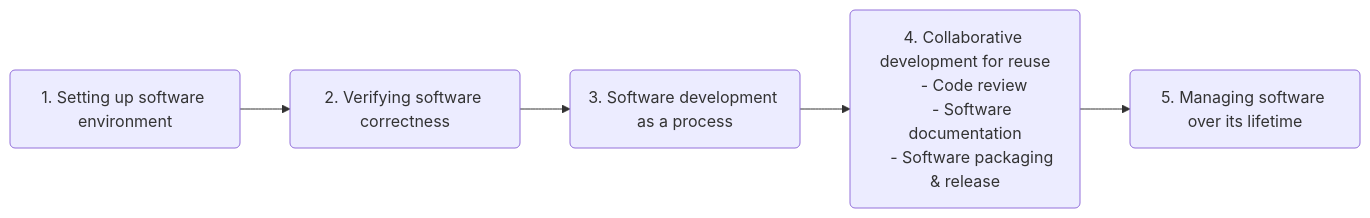
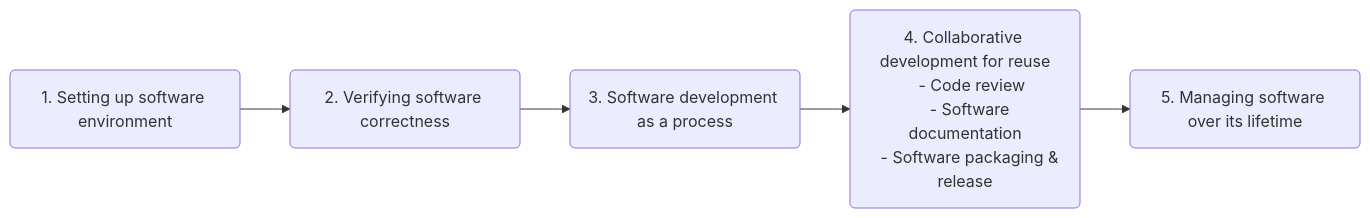
The diagram in episodes/40-section4-intro.md (carpentries-incubator/python-intermediate-development), drawn with Mermaid before and after one commit.

````diff
--- a/episodes/40-section4-intro.md
+++ b/episodes/40-section4-intro.md
@@ -49,13 +49,13 @@
 ```mermaid
     flowchart LR
         accDescr {Topics on collaborative software development covered in the current section: code review, writing software documentation, packaging & releasing software}
         A(1. Setting up software environment)
         A --> B(2. Verifying software correctness)
         B --> C(3. Software development as a process)
-        C --> D(4. Collaborative development for reuse
-        - Code review
-        - Software documentation
-        - Software packaging & release
-        )
+       D("`4. Collaborative development for reuse
+       - Code review
+       - Software documentation
+       - Software packaging & release`") 
+       C --> D
         D --> E(5. Managing software over its lifetime)
 ```
````
